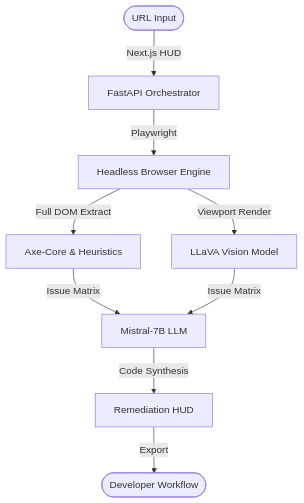
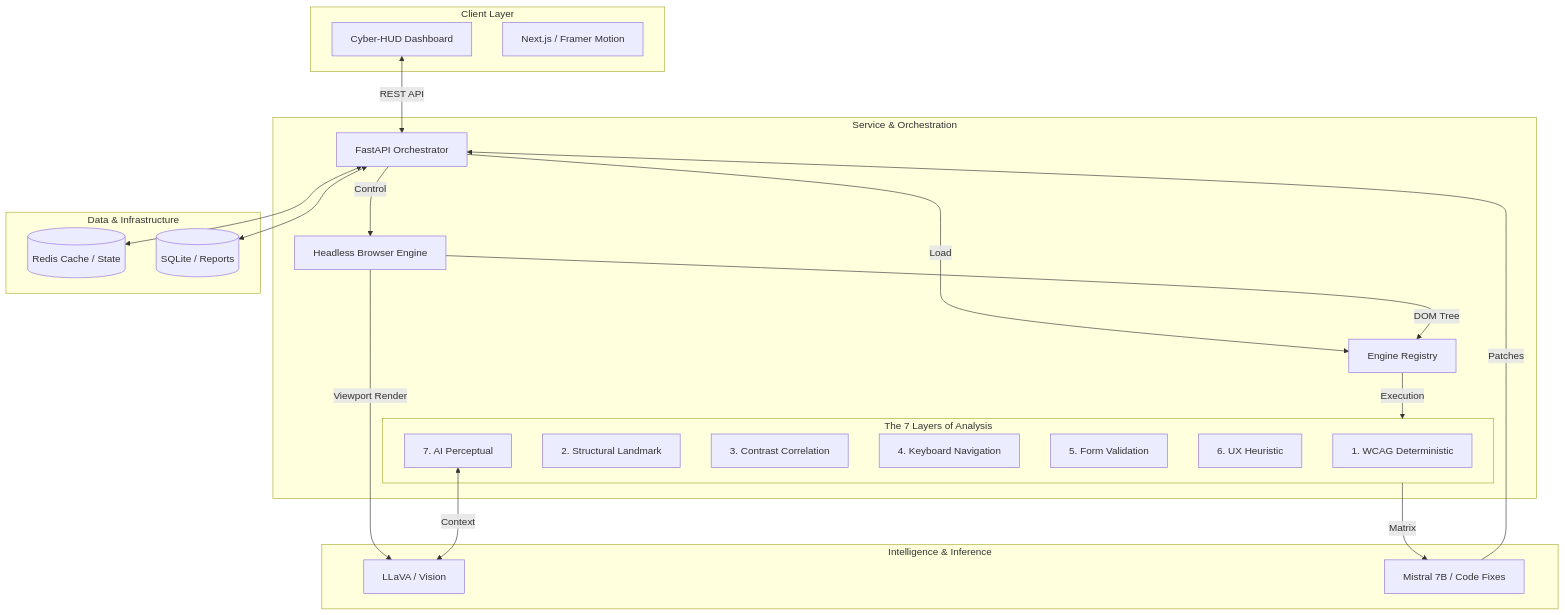
The diagram in README.md (Cyberpunk-San/Accesslens), drawn with Mermaid before and after one commit. The commit also changed other lines of this file, not shown here.

Commit message:
readme model updated

````diff
--- a/README.md
+++ b/README.md
@@ -43,10 +45,48 @@
 ```mermaid
-graph TD
-    User([URL Input]) -->|Next.js HUD| Backend[FastAPI Orchestrator]
-    Backend -->|Playwright| Crawler[Headless Browser Engine]
-    Crawler -->|Full DOM Extract| Structural[Axe-Core & Heuristics]
-    Crawler -->|Viewport Render| Vision[LLaVA Vision Model]
-    Structural & Vision -->|Issue Matrix| AI_Brain[Mistral-7B LLM]
-    AI_Brain -->|Code Synthesis| Results[Remediation HUD]
-    Results -->|Export| Dev([Developer Workflow])
+graph TB
+    subgraph Client_Layer [Client Layer]
+        HUD[Cyber-HUD Dashboard]
+        UX[Next.js / Framer Motion]
+    end
+
+    subgraph Service_Orchestration [Service & Orchestration]
+        API[FastAPI Orchestrator]
+        Reg[Engine Registry]
+        Browser[Headless Browser Engine]
+        
+        subgraph Analysis_Engines [The 7 Layers of Analysis]
+            WCAG[1. WCAG Deterministic]
+            STR[2. Structural Landmark]
+            CON[3. Contrast Correlation]
+            NAV[4. Keyboard Navigation]
+            FORM[5. Form Validation]
+            HEUR[6. UX Heuristic]
+            AI_E[7. AI Perceptual]
+        end
+    end
+
+    subgraph Intelligence_Layer [Intelligence & Inference]
+        LLAVA[LLaVA / Vision]
+        MISTRAL[Mistral 7B / Code Fixes]
+    end
+
+    subgraph Persistence_Layer [Data & Infrastructure]
+        REDIS[(Redis Cache / State)]
+        SQLITE[(SQLite / Reports)]
+    end
+
+    HUD <-->|REST API| API
+    API -->|Load| Reg
+    API -->|Control| Browser
+    
+    Browser -->|Viewport Render| LLAVA
+    Browser -->|DOM Tree| Reg
+    
+    Reg -->|Execution| Analysis_Engines
+    AI_E <-->|Context| LLAVA
+    Analysis_Engines -->|Matrix| MISTRAL
+    MISTRAL -->|Patches| API
+    
+    API <--> REDIS
+    API <--> SQLITE
 ```
````
